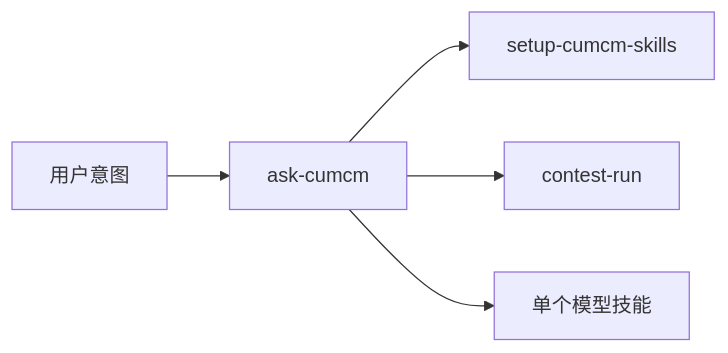
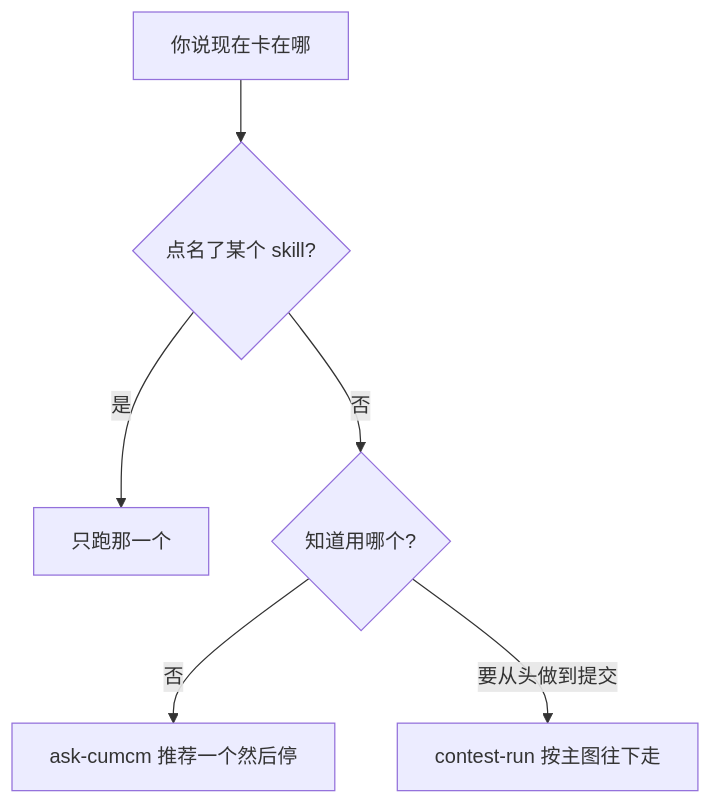
Before and after one commit to NemoArce2007/cumcm-skills: the first of 4 diagrams in README.md, drawn with Mermaid. The commit also changed other lines of this file and 29 other files, not shown here.

````diff
--- a/README.md
+++ b/README.md
@@ -19,7 +49,8 @@
 ```mermaid
-flowchart LR
-  u[用户意图] --> ask[ask-cumcm]
-  ask --> setup[setup-cumcm-skills]
-  ask --> full[contest-run]
-  ask --> one[单个模型技能]
+flowchart TD
+  you[你说现在卡在哪] --> named{点名了某个 skill?}
+  named -->|是| one[只跑那一个]
+  named -->|否| know{知道用哪个?}
+  know -->|否| ask[ask-cumcm 推荐一个然后停]
+  know -->|要从头做到提交| run[contest-run 按主图往下走]
 ```
````
